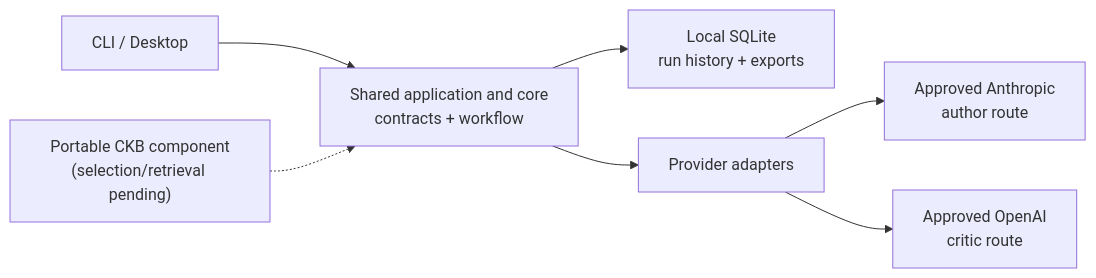
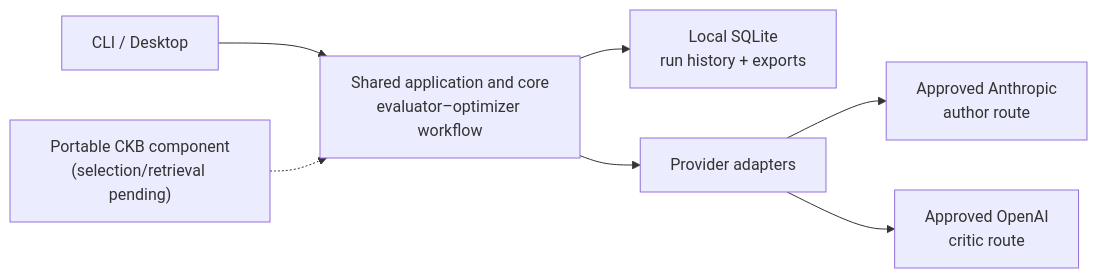
Before and after one commit to akoita/draft-loop: the second of 2 diagrams in README.md, drawn with Mermaid. The commit also changed other lines of this file, not shown here.

Commit message:
docs: restore evaluator-optimizer workflow terminology

````diff
--- a/README.md
+++ b/README.md
@@ -121,9 +125,9 @@
 ```mermaid
 flowchart LR
-    UI["CLI / Desktop"] --> Core["Shared application and core<br/>contracts + workflow"]
+    UI["CLI / Desktop"] --> Core["Shared application and core<br/>evaluator–optimizer workflow"]
     Core --> Local["Local SQLite<br/>run history + exports"]
     Core --> Adapters["Provider adapters"]
     Adapters --> Anthropic["Approved Anthropic<br/>author route"]
     Adapters --> OpenAI["Approved OpenAI<br/>critic route"]
     CKB["Portable CKB component<br/>(selection/retrieval pending)"] -.-> Core
 ```
````
